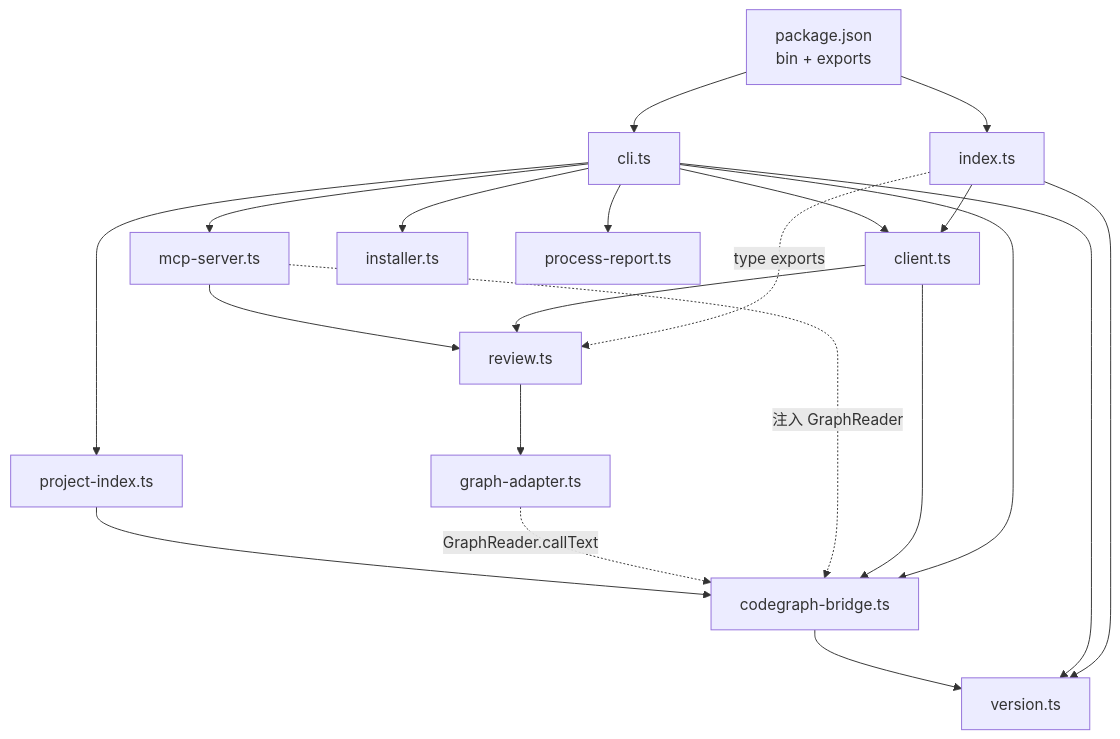
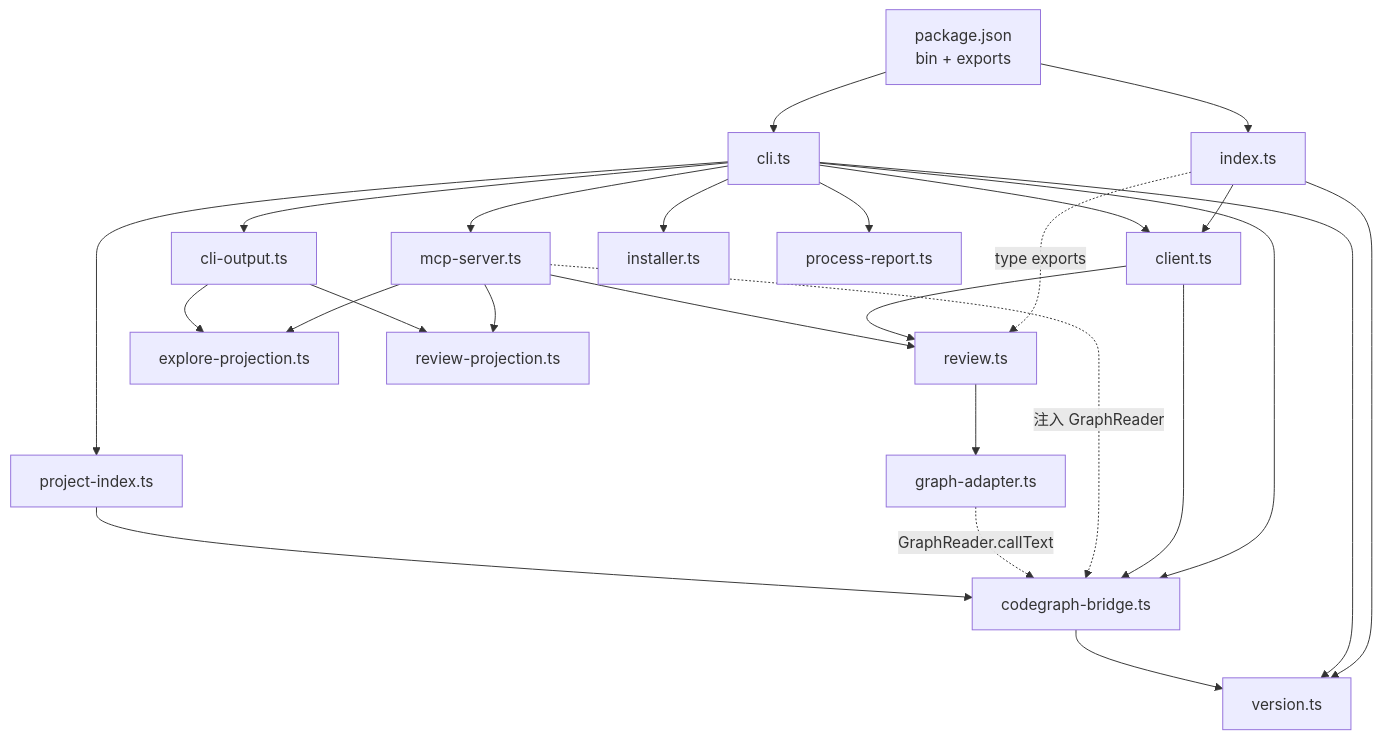
One commit to team-harness/code-deep changed the second of 3 diagrams in architecture.md. Above: the diagram before and after it, drawn with Mermaid. The commit also changed other lines of this file and 9 other files, not shown here.

````diff
--- a/architecture.md
+++ b/architecture.md
@@ -76,26 +76,31 @@
 ```mermaid
 flowchart TD
   package["package.json<br/>bin + exports"] --> cli["cli.ts"]
   package --> index["index.ts"]
 
   index --> client["client.ts"]
   index -. "type exports" .-> review["review.ts"]
   index --> version["version.ts"]
 
   cli --> client
+  cli --> cliOutput["cli-output.ts"]
   cli --> mcp["mcp-server.ts"]
   cli --> installer["installer.ts"]
   cli --> projectIndex["project-index.ts"]
   cli --> processReport["process-report.ts"]
   cli --> bridge["codegraph-bridge.ts"]
   cli --> version
 
   client --> review
   client --> bridge
   mcp --> review
+  mcp --> exploreProjection["explore-projection.ts"]
+  mcp --> reviewProjection["review-projection.ts"]
+  cliOutput --> exploreProjection
+  cliOutput --> reviewProjection
   mcp -. "注入 GraphReader" .-> bridge
   review --> adapter["graph-adapter.ts"]
   adapter -. "GraphReader.callText" .-> bridge
   projectIndex --> bridge
   bridge --> version
 ```
````
